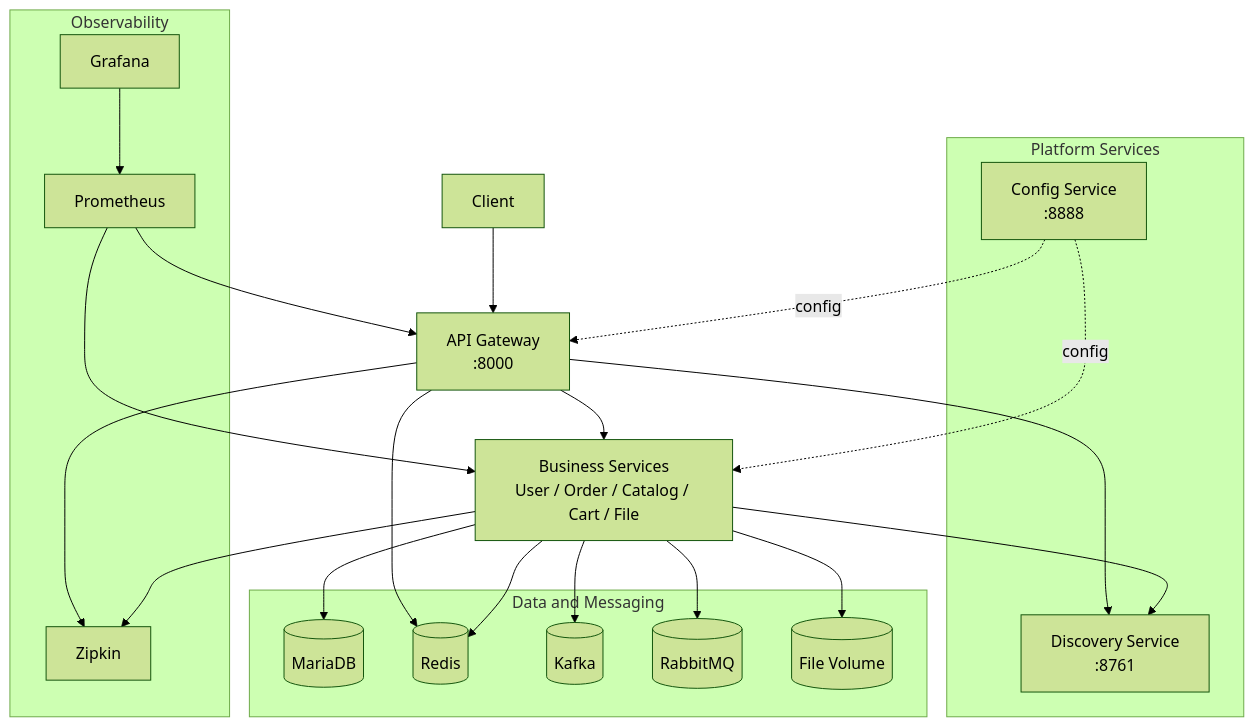
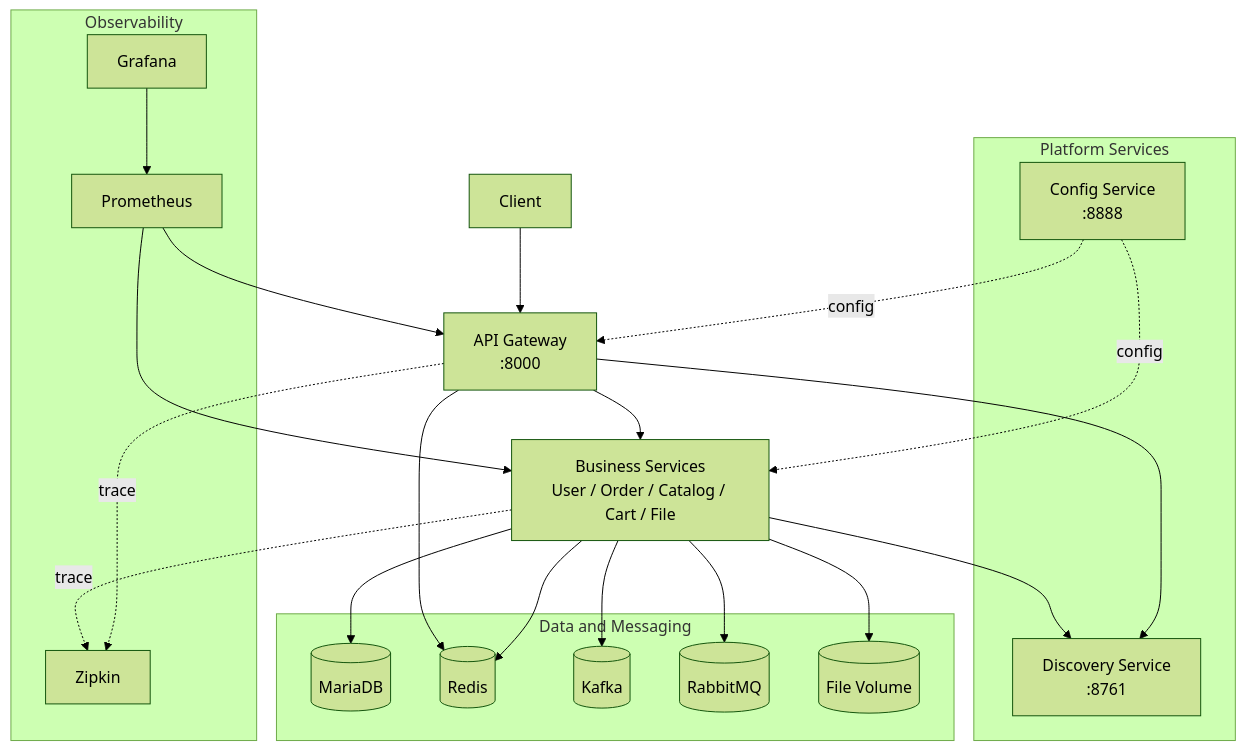
One commit to MasJeong/msa-spring-cloud changed the diagram in README.md. Above: the diagram before and after it, drawn with Mermaid (forest theme). The commit also changed other lines of this file, not shown here.

````diff
--- a/README.md
+++ b/README.md
@@ -17,43 +44,42 @@
 ```mermaid
 flowchart TB
     C[Client] --> GW[API Gateway<br/>:8000]
-
     GW --> BIZ[Business Services<br/>User / Order / Catalog / Cart / File]
 
     subgraph Platform[Platform Services]
       CFG[Config Service<br/>:8888]
       DSC[Discovery Service<br/>:8761]
     end
 
     subgraph DataMsg[Data and Messaging]
       DB[(MariaDB)]
       REDIS[(Redis)]
       KAFKA[(Kafka)]
       RABBIT[(RabbitMQ)]
       FILEVOL[(File Volume)]
     end
 
     subgraph Obs[Observability]
       ZIPKIN[Zipkin]
       PROM[Prometheus]
       GRAF[Grafana]
     end
 
     CFG -. config .-> GW
     CFG -. config .-> BIZ
+    GW --> DSC
     BIZ --> DSC
-    GW --> DSC
 
     BIZ --> DB
     BIZ --> REDIS
     BIZ --> KAFKA
     BIZ --> RABBIT
     BIZ --> FILEVOL
     GW --> REDIS
 
-    BIZ --> ZIPKIN
-    GW --> ZIPKIN
+    GW -. trace .-> ZIPKIN
+    BIZ -. trace .-> ZIPKIN
     PROM --> GW
     PROM --> BIZ
     GRAF --> PROM
 ```
````
